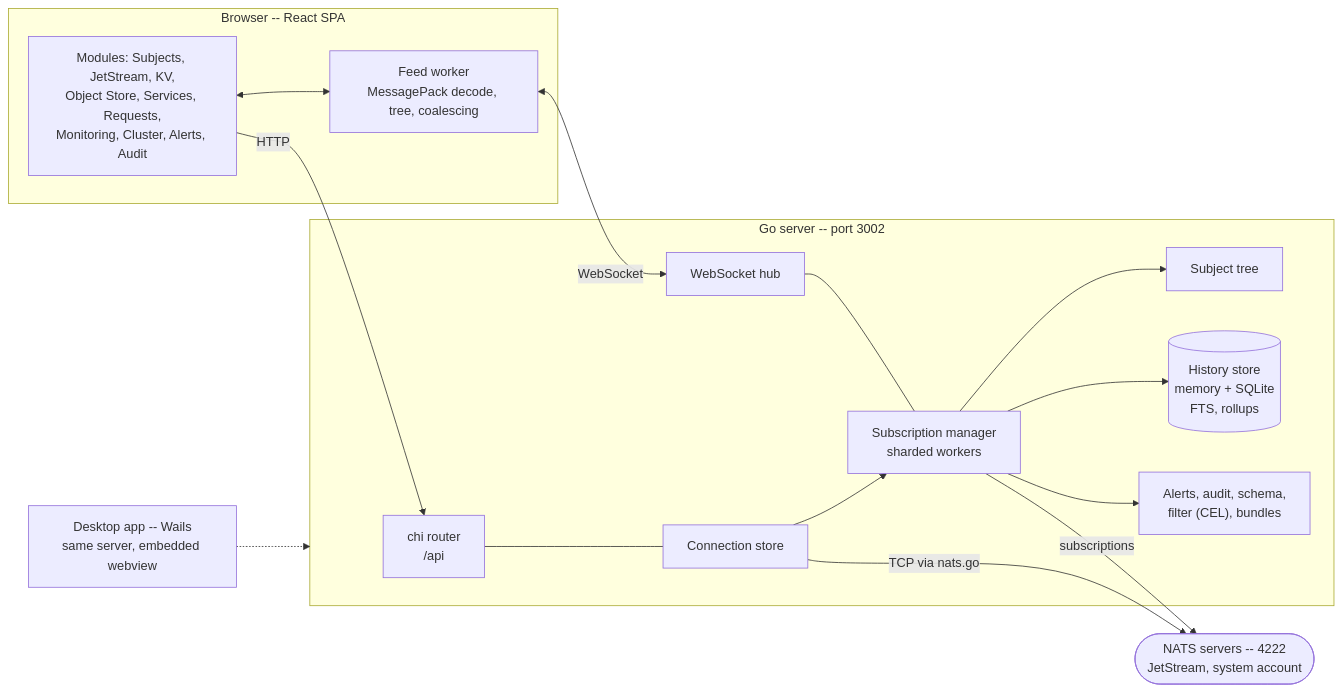
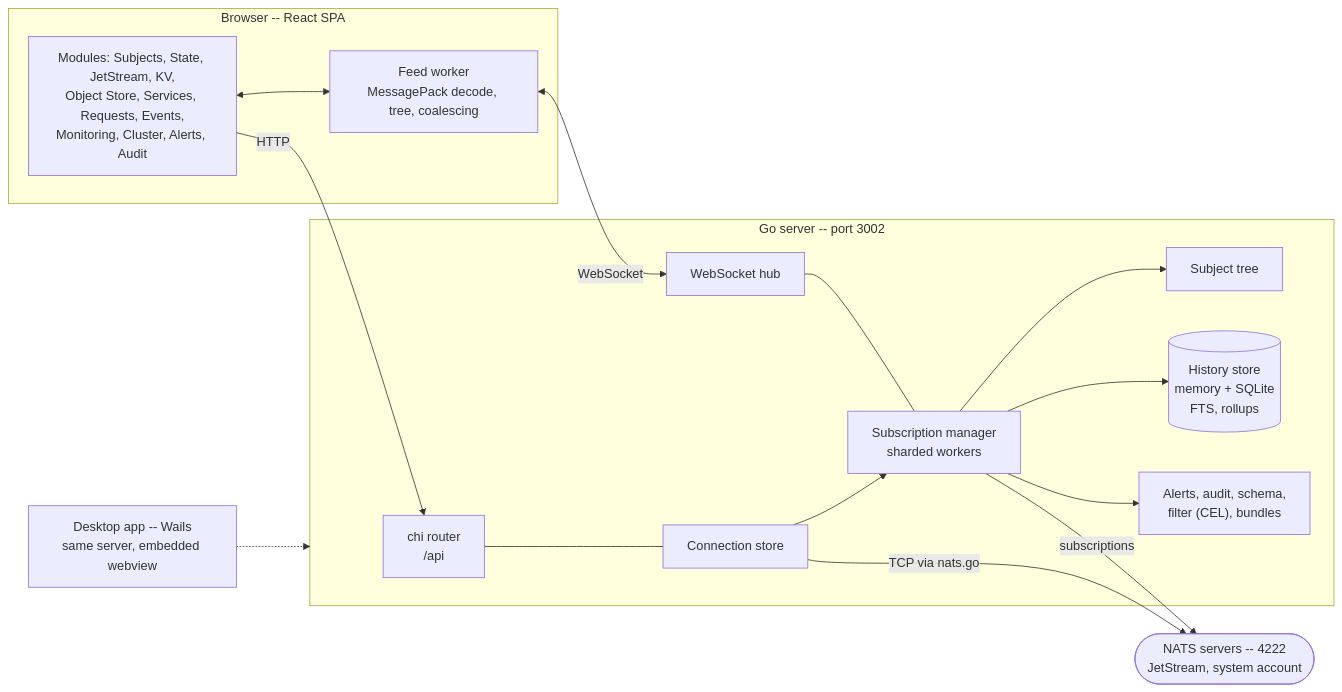
Before and after one commit to blanpa/nats-explorer: the diagram in docs/architecture.md, drawn with Mermaid. The commit also changed other lines of this file and 3 other files, not shown here.

````diff
--- a/docs/architecture.md
+++ b/docs/architecture.md
@@ -21,33 +21,33 @@
 ```mermaid
 flowchart LR
   subgraph browser["Browser -- React SPA"]
-    ui["Modules: Subjects, JetStream, KV,<br/>Object Store, Services, Requests,<br/>Monitoring, Cluster, Alerts, Audit"]
+    ui["Modules: Subjects, State, JetStream, KV,<br/>Object Store, Services, Requests, Events,<br/>Monitoring, Cluster, Alerts, Audit"]
     worker["Feed worker<br/>MessagePack decode, tree, coalescing"]
     ui <--> worker
   end
 
   subgraph server["Go server -- port 3002"]
     router["chi router<br/>/api"]
     hub["WebSocket hub"]
     conns["Connection store"]
     subs["Subscription manager<br/>sharded workers"]
     tree["Subject tree"]
     hist[("History store<br/>memory + SQLite<br/>FTS, rollups")]
     extra["Alerts, audit, schema,<br/>filter (CEL), bundles"]
     router --- conns
     hub --- subs
     subs --> tree
     subs --> hist
     subs --> extra
     conns --> subs
   end
 
   nats(["NATS servers -- 4222<br/>JetStream, system account"])
 
   ui -->|HTTP| router
   worker <-->|WebSocket| hub
   conns -->|TCP via nats.go| nats
   subs -->|subscriptions| nats
 
   desktop["Desktop app -- Wails<br/>same server, embedded webview"] -.-> server
 ```
````
